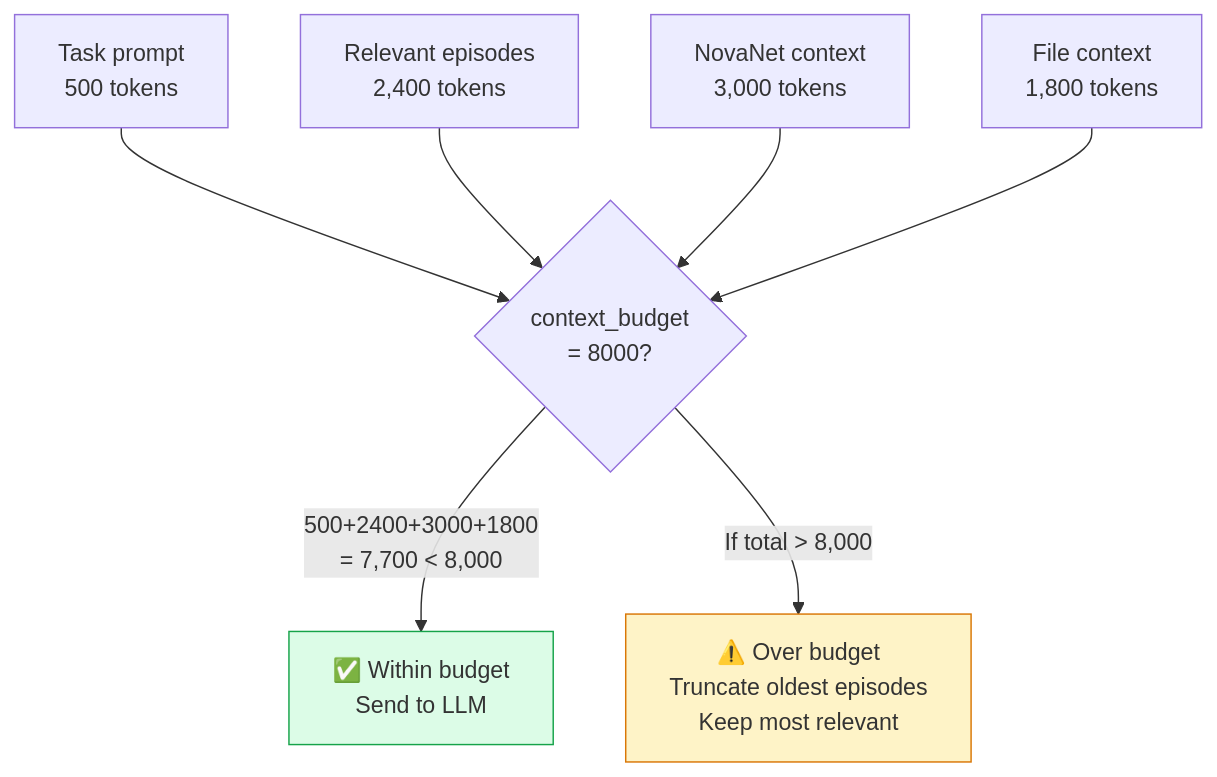
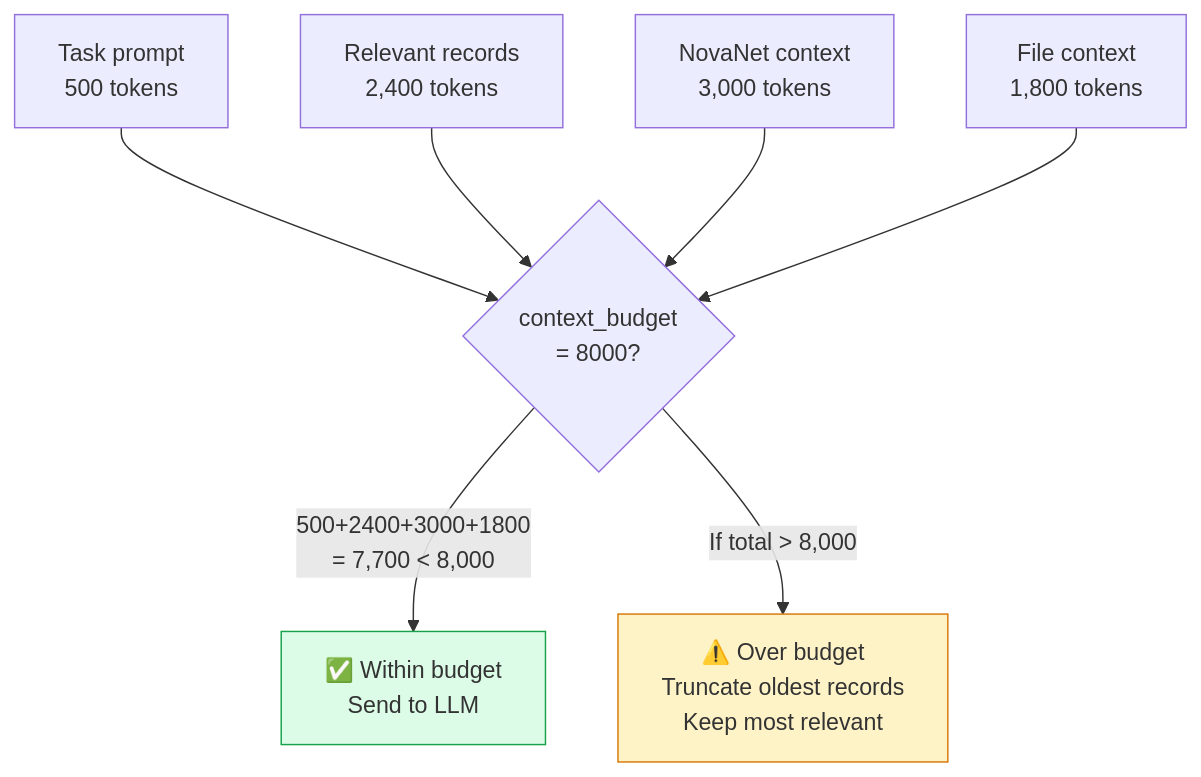
Before and after one commit to supernovae-st/nika: the eighth of 9 diagrams in docs/brainstorm/nika-evolution/08-nika-030-complete-guide.md, drawn with Mermaid. The commit also changed other lines of this file and 12 other files, not shown here.

````diff
--- a/docs/brainstorm/nika-evolution/08-nika-030-complete-guide.md
+++ b/docs/brainstorm/nika-evolution/08-nika-030-complete-guide.md
@@ -727,13 +727,13 @@
 ```mermaid
 flowchart TB
     PROMPT["Task prompt\n500 tokens"] --> BUDGET{"context_budget\n= 8000?"}
-    EPISODES["Relevant episodes\n2,400 tokens"] --> BUDGET
+    RECORDS["Relevant records\n2,400 tokens"] --> BUDGET
     CONTEXT["NovaNet context\n3,000 tokens"] --> BUDGET
     FILES["File context\n1,800 tokens"] --> BUDGET
 
     BUDGET -->|"500+2400+3000+1800\n= 7,700 < 8,000"| OK["✅ Within budget\nSend to LLM"]
-    BUDGET -->|"If total > 8,000"| TRIM["⚠️ Over budget\nTruncate oldest episodes\nKeep most relevant"]
+    BUDGET -->|"If total > 8,000"| TRIM["⚠️ Over budget\nTruncate oldest records\nKeep most relevant"]
 
     style OK fill:#dcfce7,stroke:#16a34a
     style TRIM fill:#fef3c7,stroke:#d97706
 ```
````
